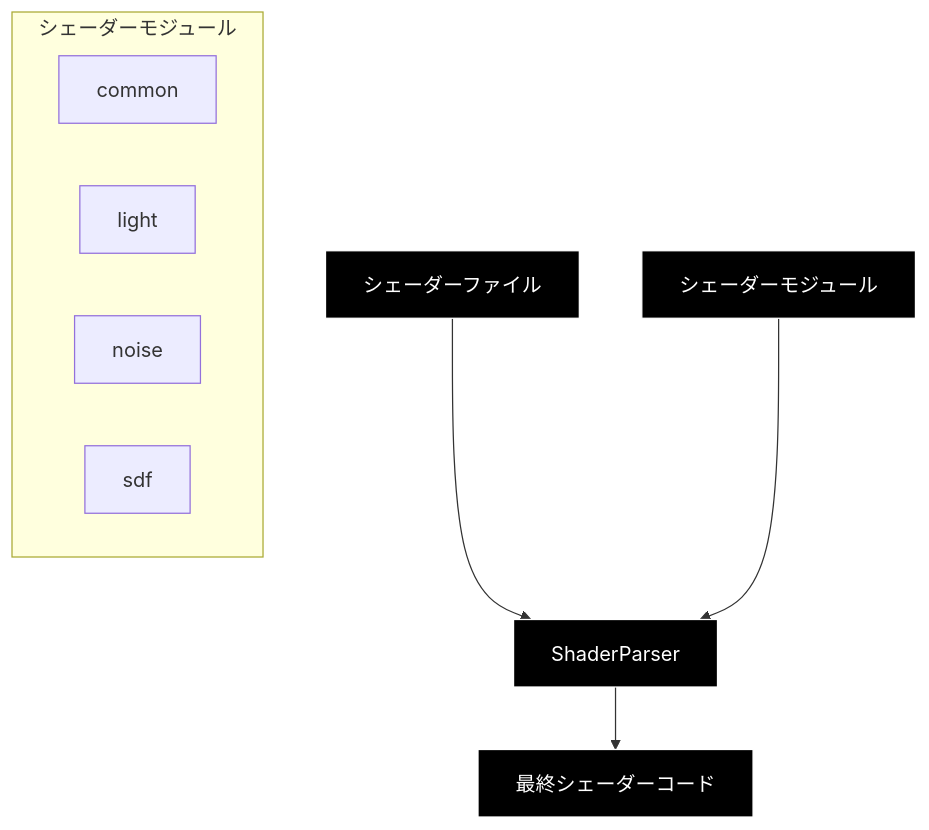
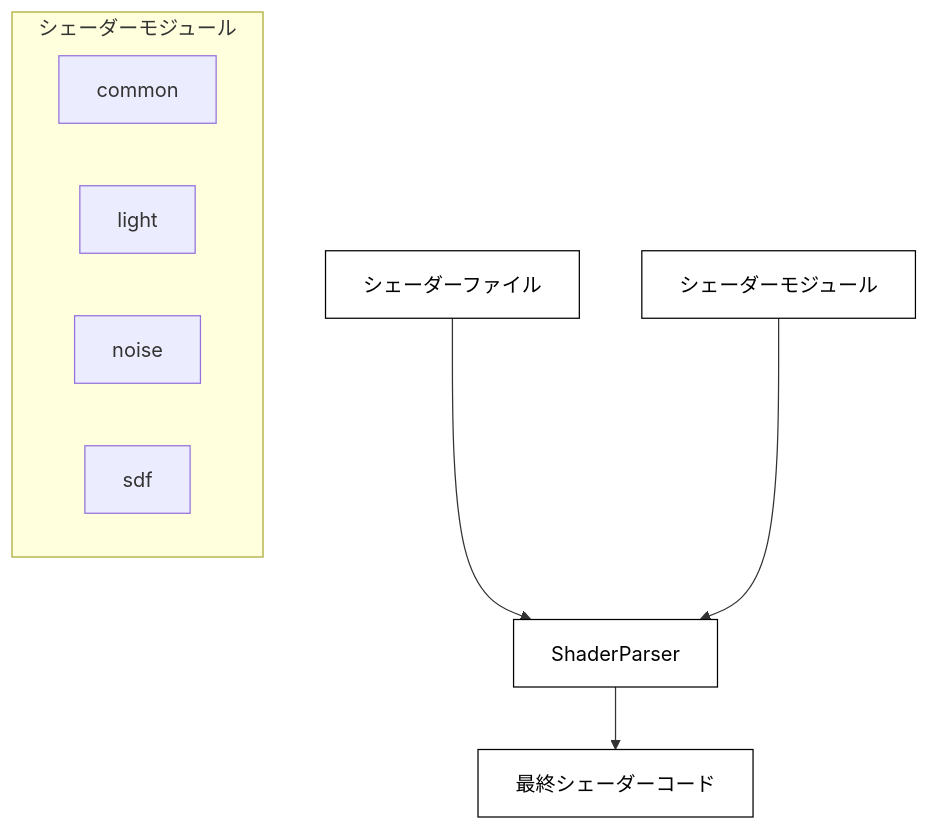
The second of 3 diagrams in docs/core/render-pipeline.md (ukonpower/OREngine), drawn with Mermaid before and after one commit. The commit also changed other lines of this file and 6 other files, not shown here.

````diff
--- a/docs/core/render-pipeline.md
+++ b/docs/core/render-pipeline.md
@@ -250,18 +250,18 @@
 ```mermaid
 graph TD
     Shader[シェーダーファイル] --> Parser[ShaderParser]
     Modules[シェーダーモジュール] --> Parser
     Parser --> Final[最終シェーダーコード]
 
     subgraph "シェーダーモジュール"
     M1[common]
     M2[light]
     M3[noise]
     M4[sdf]
     end
 
-    style Shader fill:#000,stroke:#fff,color:#fff
-    style Parser fill:#000,stroke:#fff,color:#fff
-    style Modules fill:#000,stroke:#fff,color:#fff
-    style Final fill:#000,stroke:#fff,color:#fff
+    style Shader fill:#fff,stroke:#000,color:#000
+    style Parser fill:#fff,stroke:#000,color:#000
+    style Modules fill:#fff,stroke:#000,color:#000
+    style Final fill:#fff,stroke:#000,color:#000
 ```
````
